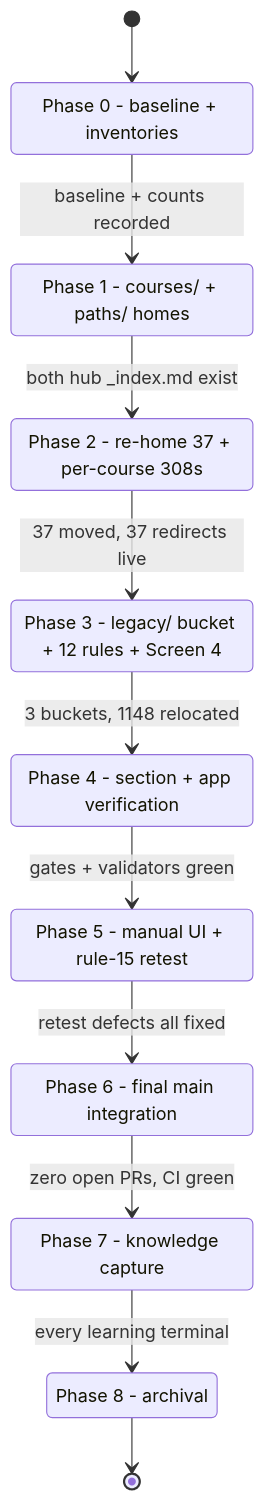
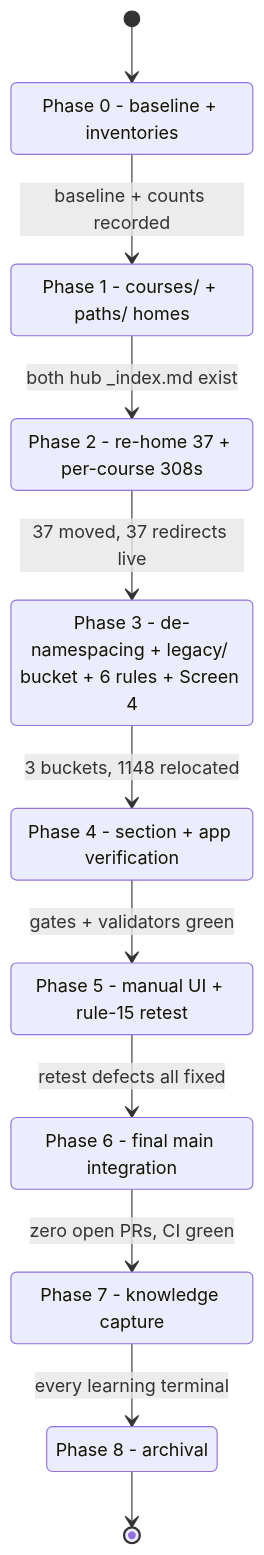
Before and after one commit to wahidyankf/baseerah: the third of 5 diagrams in plans/backlog/ayokoding-learning-path-01-url-restructure/tech-docs.md, drawn with Mermaid. The commit also changed other lines of this file and 77 other files, not shown here.

````diff
--- a/plans/backlog/ayokoding-learning-path-01-url-restructure/tech-docs.md
+++ b/plans/backlog/ayokoding-learning-path-01-url-restructure/tech-docs.md
@@ -505,26 +797,26 @@
 ```mermaid
 %% Phase progression and the gate condition that opens each next phase.
 %% Accessibility: this diagram encodes nothing in colour — every phase carries its number and
 %% purpose in text, and every transition is labelled with its gate condition, so it reads
 %% identically in greyscale or to a colour-blind reader.
 stateDiagram-v2
     [*] --> P0
     P0: Phase 0 - baseline + inventories
     P1: Phase 1 - courses/ + paths/ homes
     P2: Phase 2 - re-home 37 + per-course 308s
-    P3: Phase 3 - legacy/ bucket + 12 rules + Screen 4
+    P3: Phase 3 - de-namespacing + legacy/ bucket + 6 rules + Screen 4
     P4: Phase 4 - section + app verification
     P5: Phase 5 - manual UI + rule-15 retest
     P6: Phase 6 - final main integration
     P7: Phase 7 - knowledge capture
     P8: Phase 8 - archival
     P0 --> P1: baseline + counts recorded
     P1 --> P2: both hub _index.md exist
     P2 --> P3: 37 moved, 37 redirects live
     P3 --> P4: 3 buckets, 1148 relocated
     P4 --> P5: gates + validators green
     P5 --> P6: retest defects all fixed
     P6 --> P7: zero open PRs, CI green
     P7 --> P8: every learning terminal
     P8 --> [*]
 ```
````
